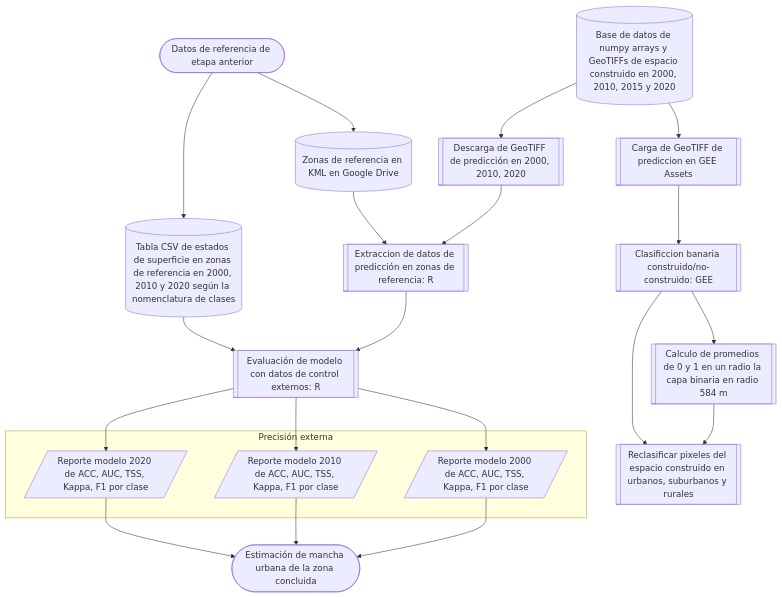
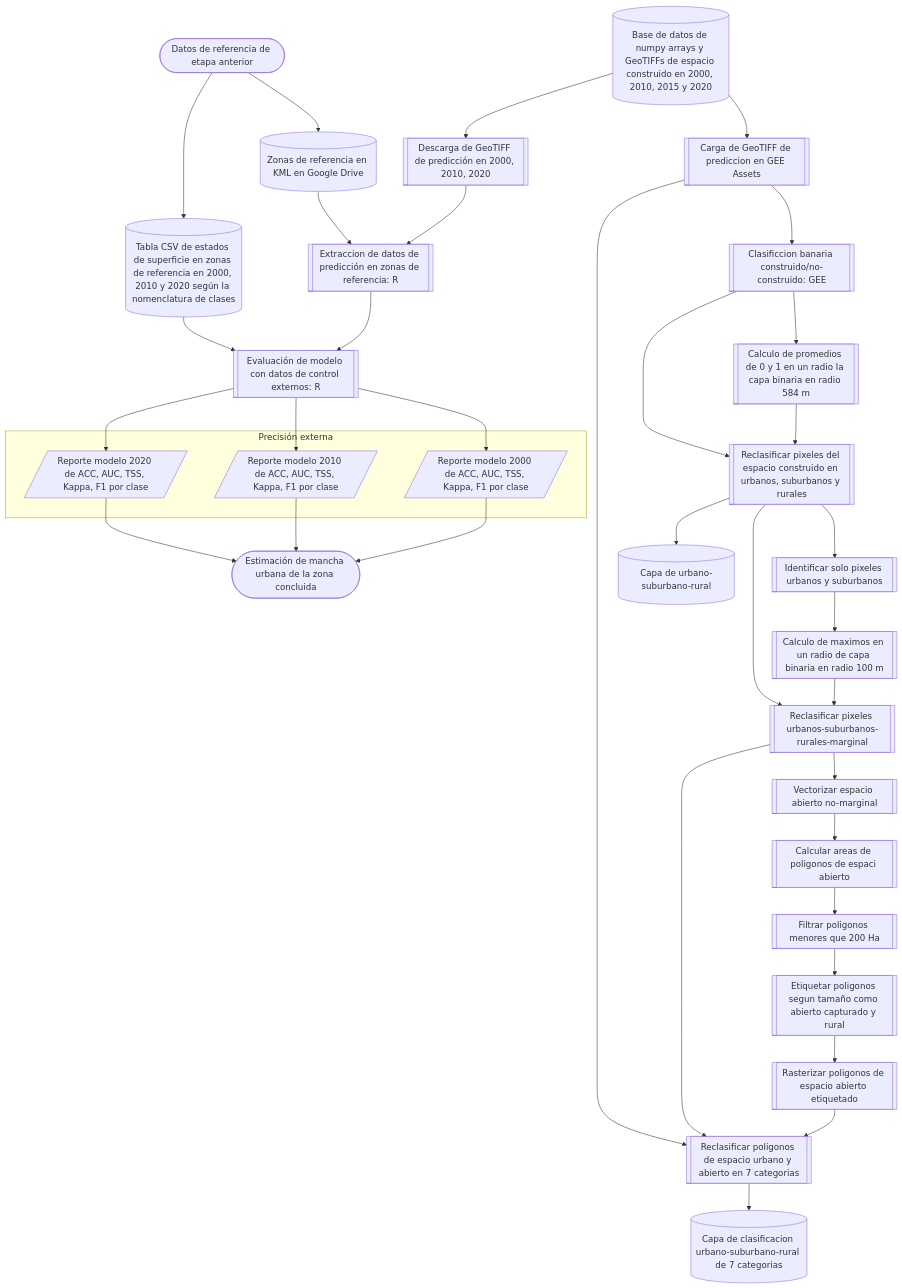
Before and after one commit to vshalisko/GEE: the diagram in AUEM/Esquemas/Esquema_de_procesos_3.mermaid, drawn with Mermaid.

```diff
--- a/AUEM/Esquemas/Esquema_de_procesos_3.mermaid
+++ b/AUEM/Esquemas/Esquema_de_procesos_3.mermaid
@@ -1,35 +1,50 @@
 flowchart TD
   subgraph s1["Precisión externa"]
     Z8A[/Reporte modelo 2020 de ACC, AUC, TSS, Kappa, F1 por clase/]
     Z8B[/Reporte modelo 2010 de ACC, AUC, TSS, Kappa, F1 por clase/]
     Z8C[/Reporte modelo 2000 de ACC, AUC, TSS, Kappa, F1 por clase/]
   end
 
   START2([Datos de referencia de etapa anterior])
   START2-->B6
   START2-->B8
 
   B6[(Zonas de referencia en KML en Google Drive)]
   B6-->Z6
   B8[(Tabla CSV de estados de superficie en zonas de referencia en 2000, 2010 y 2020 según la nomenclatura de clases)]
   B8-->Z7
 
   Z4[(Base de datos de numpy arrays y GeoTIFFs de espacio construido en 2000, 2010, 2015 y 2020)]-->Z5
   Z4-->Z5A
   Z5[[Descarga de GeoTIFF de predicción en 2000, 2010, 2020]]-->Z6
   Z5A[[Carga de GeoTIFF de prediccion en GEE Assets]]-->CLASS1
+  Z5A-->CLASS11
 
   Z6[[Extraccion de datos de predicción en zonas de referencia: R]]-->Z7
   Z7[[Evaluación de modelo con datos de control externos: R]]-->Z8A
   Z7-->Z8B
   Z7-->Z8C
   Z8A-->END
   Z8B-->END
   Z8C-->END
 
   END([Estimación de mancha urbana de la zona concluida])
 
   CLASS1[[Clasificcion banaria construido/no-construido: GEE]]-->CLASS2
   CLASS1-->CLASS3
   CLASS2[[Calculo de promedios de 0 y 1 en un radio la capa binaria en radio 584 m]]-->CLASS3
-  CLASS3[[Reclasificar pixeles del espacio construido en urbanos, suburbanos y rurales]]
+  CLASS3[[Reclasificar pixeles del espacio construido en urbanos, suburbanos y rurales]]-->CLASS4
+  CLASS3-->R1
+  CLASS3-->CLASS5
+  R1[(Capa de urbano-suburbano-rural)]
+  CLASS4[[Identificar solo pixeles urbanos y suburbanos]]-->CLASS4A
+  CLASS4A[[Calculo de maximos en un radio de capa binaria en radio 100 m]]-->CLASS5
+  CLASS5[[Reclasificar pixeles urbanos-suburbanos-rurales-marginal]]-->CLASS6
+  CLASS5-->CLASS11
+  CLASS6[[Vectorizar espacio abierto no-marginal]]-->CLASS7
+  CLASS7[[Calcular areas de poligonos de espaci abierto]]-->CLASS8
+  CLASS8[[Filtrar poligonos menores que 200 Ha]]-->CLASS9
+  CLASS9[[Etiquetar poligonos segun tamaño como abierto capturado y rural]]-->CLASS10
+  CLASS10[[Rasterizar poligonos de espacio abierto etiquetado]]-->CLASS11
+  CLASS11[[Reclasificar poligonos de espacio urbano y abierto en 7 categorias]]-->R2
+  R2[(Capa de clasificacion urbano-suburbano-rural de 7 categorias)]
```
